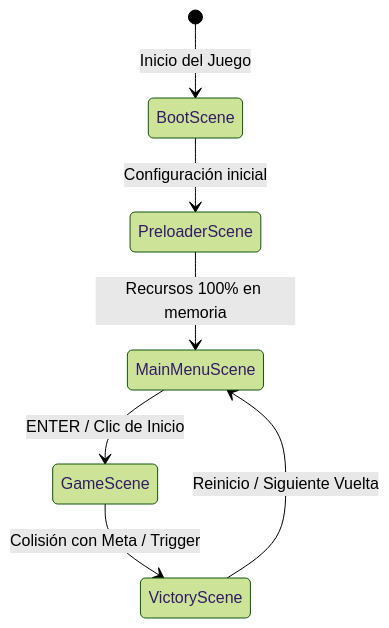
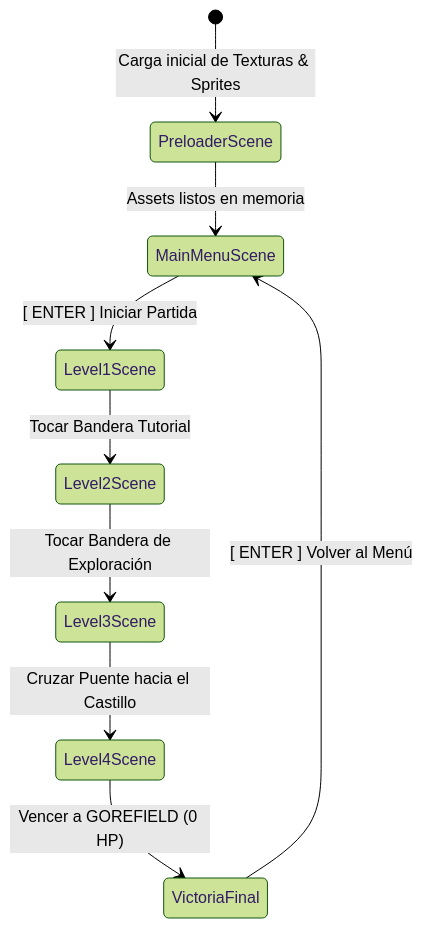
One commit to 2026B-sof-jueg-gr1/AlbanLucas-DorianJoel-jueg-Gr3 changed the second of 3 diagrams in mi-primer-juego/PRESENTACION.md. Above: the diagram before and after it, drawn with Mermaid (forest theme). The commit also changed other lines of this file and 1 other file, not shown here.

````diff
--- a/mi-primer-juego/PRESENTACION.md
+++ b/mi-primer-juego/PRESENTACION.md
@@ -62,9 +65,11 @@
 ```mermaid
 stateDiagram-v2
-    [*] --> BootScene : Inicio del Juego
-    BootScene --> PreloaderScene : Configuración inicial
-    PreloaderScene --> MainMenuScene : Recursos 100% en memoria
-    MainMenuScene --> GameScene : ENTER / Clic de Inicio
-    GameScene --> VictoryScene : Colisión con Meta / Trigger
-    VictoryScene --> MainMenuScene : Reinicio / Siguiente Vuelta
+    [*] --> PreloaderScene : Carga inicial de Texturas & Sprites
+    PreloaderScene --> MainMenuScene : Assets listos en memoria
+    MainMenuScene --> Level1Scene : [ ENTER ] Iniciar Partida
+    Level1Scene --> Level2Scene : Tocar Bandera Tutorial
+    Level2Scene --> Level3Scene : Tocar Bandera de Exploración
+    Level3Scene --> Level4Scene : Cruzar Puente hacia el Castillo
+    Level4Scene --> VictoriaFinal : Vencer a GOREFIELD (0 HP)
+    VictoriaFinal --> MainMenuScene : [ ENTER ] Volver al Menú
 ```
````
